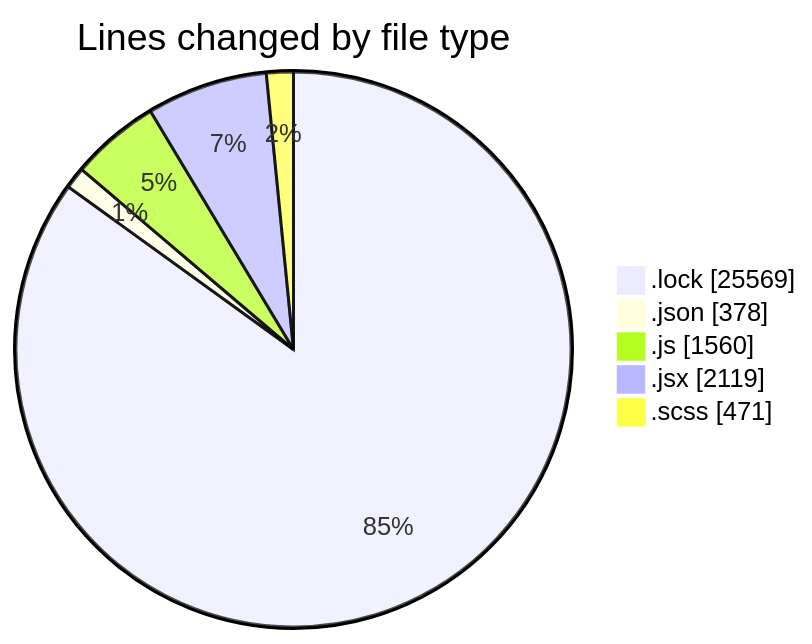
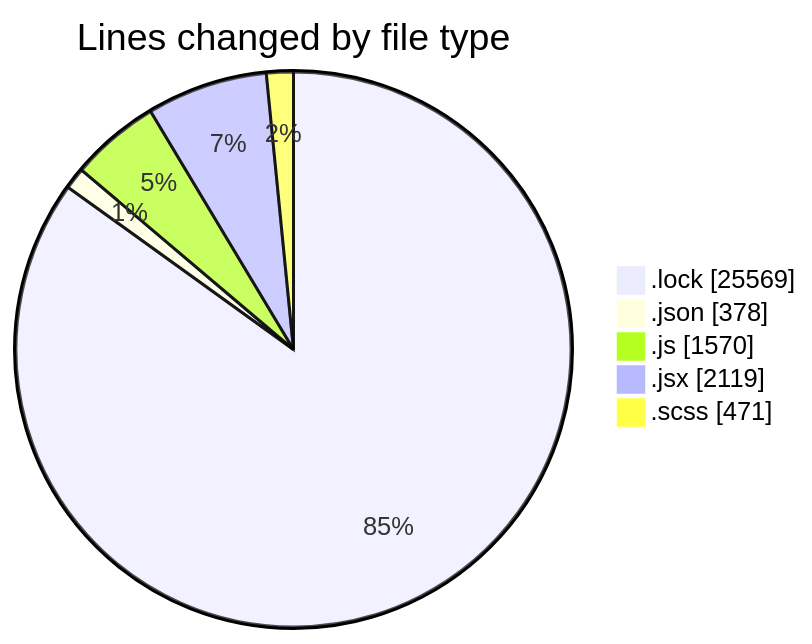
The first of 2 diagrams in 2026-01-07/cda/README.md (momahboobian/code-tracking), drawn with Mermaid before and after one commit. The commit also changed other lines of this file and 1 other file, not shown here.

````diff
--- a/2026-01-07/cda/README.md
+++ b/2026-01-07/cda/README.md
@@ -50,9 +50,9 @@
 ```mermaid
 pie showData
 title Lines changed by file type
 ".lock" : 25569
 ".json" : 378
-".js" : 1560
+".js" : 1570
 ".jsx" : 2119
 ".scss" : 471
 ```
````
